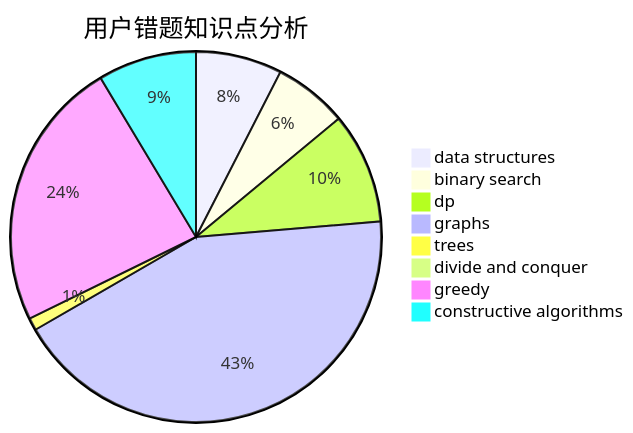
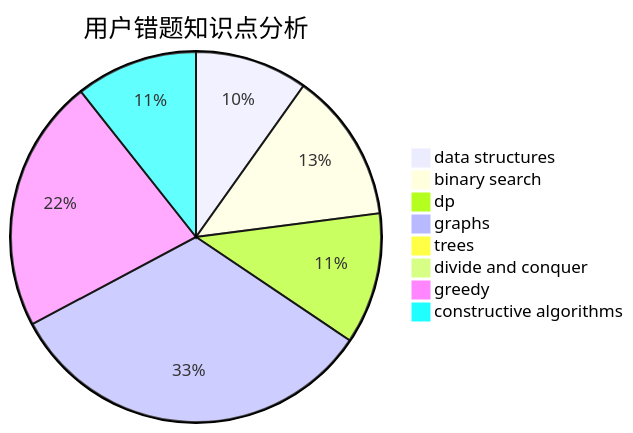
The third of 3 diagrams in docs/user/u1976.md (sherpahu/cfrs.github.io), drawn with Mermaid before and after one commit. The commit also changed other lines of this file and 2770 other files, not shown here.

````diff
--- a/docs/user/u1976.md
+++ b/docs/user/u1976.md
@@ -36,11 +36,11 @@
 ```mermaid
 pie title 用户错题知识点分析
-    "data structures" :  7
-    "binary search" :  6
-    "dp" :  9
+    "data structures" :  12
+    "binary search" :  16
+    "dp" :  14
     "graphs" :  40
     "trees" :  1
     "divide and conquer" :  0
-    "greedy" :  22
-    "constructive algorithms" :  8
+    "greedy" :  27
+    "constructive algorithms" :  13
 ```
````
